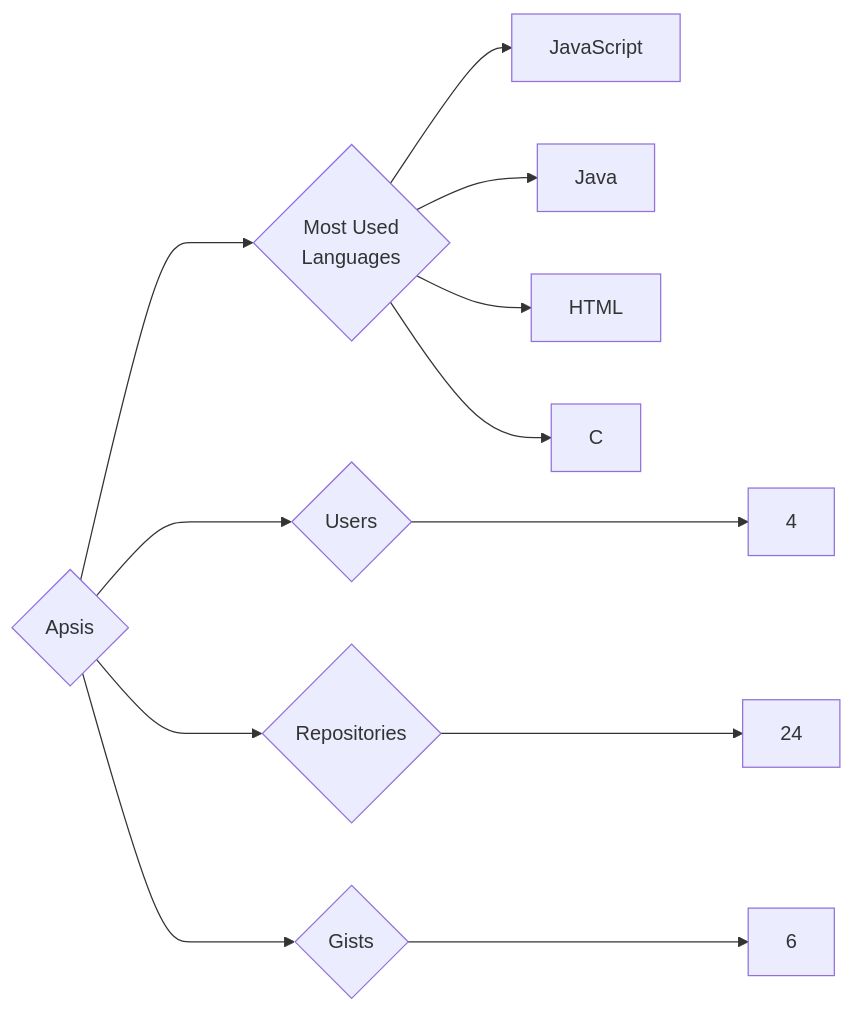
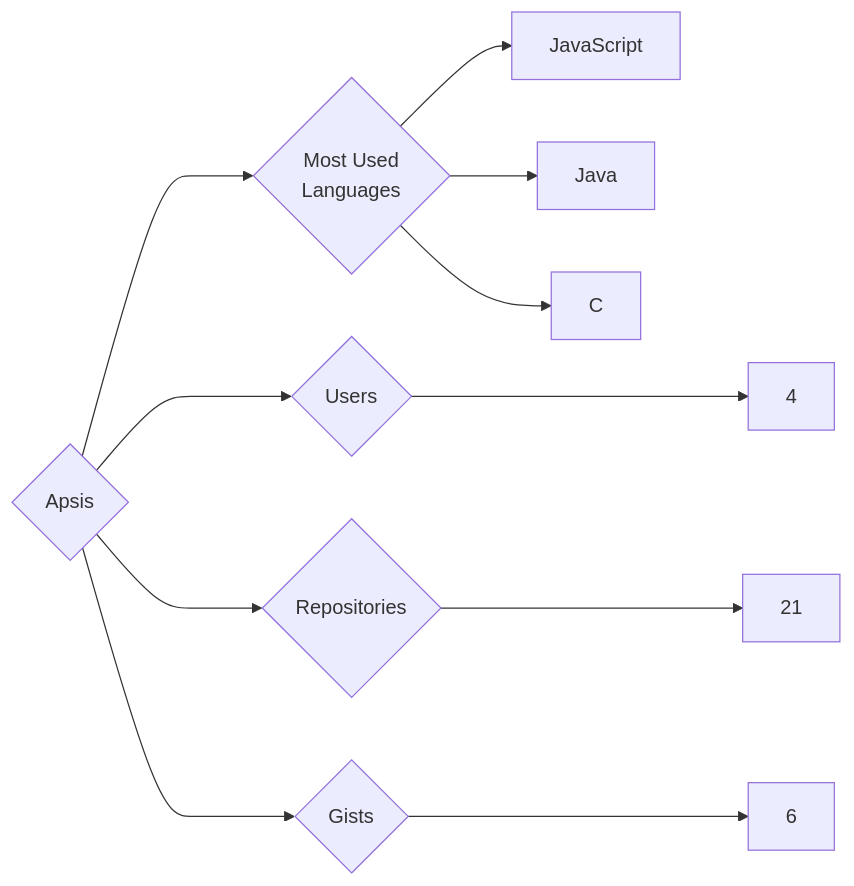
The diagram in targets/Apsis/README.md (trickest/insiders), drawn with Mermaid before and after one commit. The commit also changed 988 other files, not shown here.

````diff
--- a/targets/Apsis/README.md
+++ b/targets/Apsis/README.md
@@ -3,12 +3,11 @@
 ```mermaid
 graph LR
 COMPANY_NAME{Apsis}
 COMPANY_NAME ---> U{Users} ---> UN[4]
-COMPANY_NAME ---> R{Repositories} ---> RN[24]
+COMPANY_NAME ---> R{Repositories} ---> RN[21]
 COMPANY_NAME ---> G{Gists} ---> GN[6]
 COMPANY_NAME ---> ML{Most Used<br>Languages}
 ML --> JavaScript[JavaScript]
 ML --> Java[Java]
-ML --> HTML[HTML]
 ML --> C[C]
 ```
````
